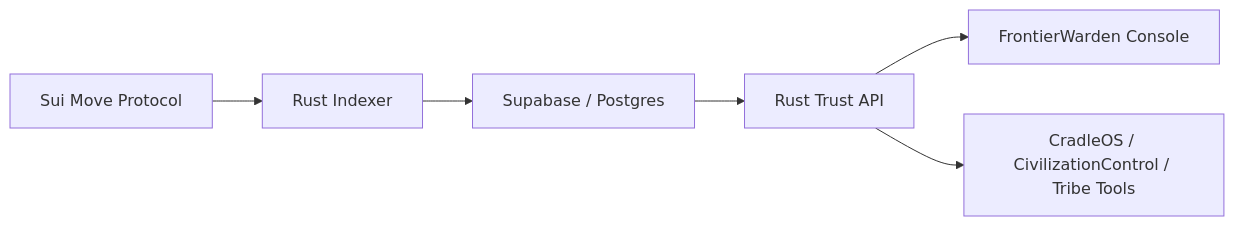
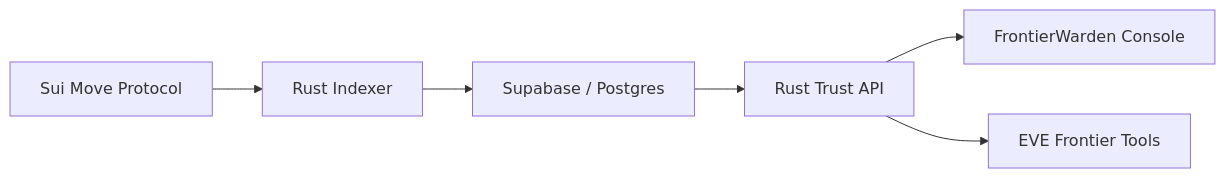
The diagram in README.md (Kodaxadev/FrontierWarden), drawn with Mermaid before and after one commit. The commit also changed other lines of this file and 15 other files, not shown here.

````diff
--- a/README.md
+++ b/README.md
@@ -86,8 +79,8 @@
 ```mermaid
 flowchart LR
   Move["Sui Move Protocol"] --> Indexer["Rust Indexer"]
   Indexer --> DB["Supabase / Postgres"]
   DB --> API["Rust Trust API"]
   API --> UI["FrontierWarden Console"]
-  API --> Tools["CradleOS / CivilizationControl / Tribe Tools"]
+  API --> Tools["EVE Frontier Tools"]
 ```
````
